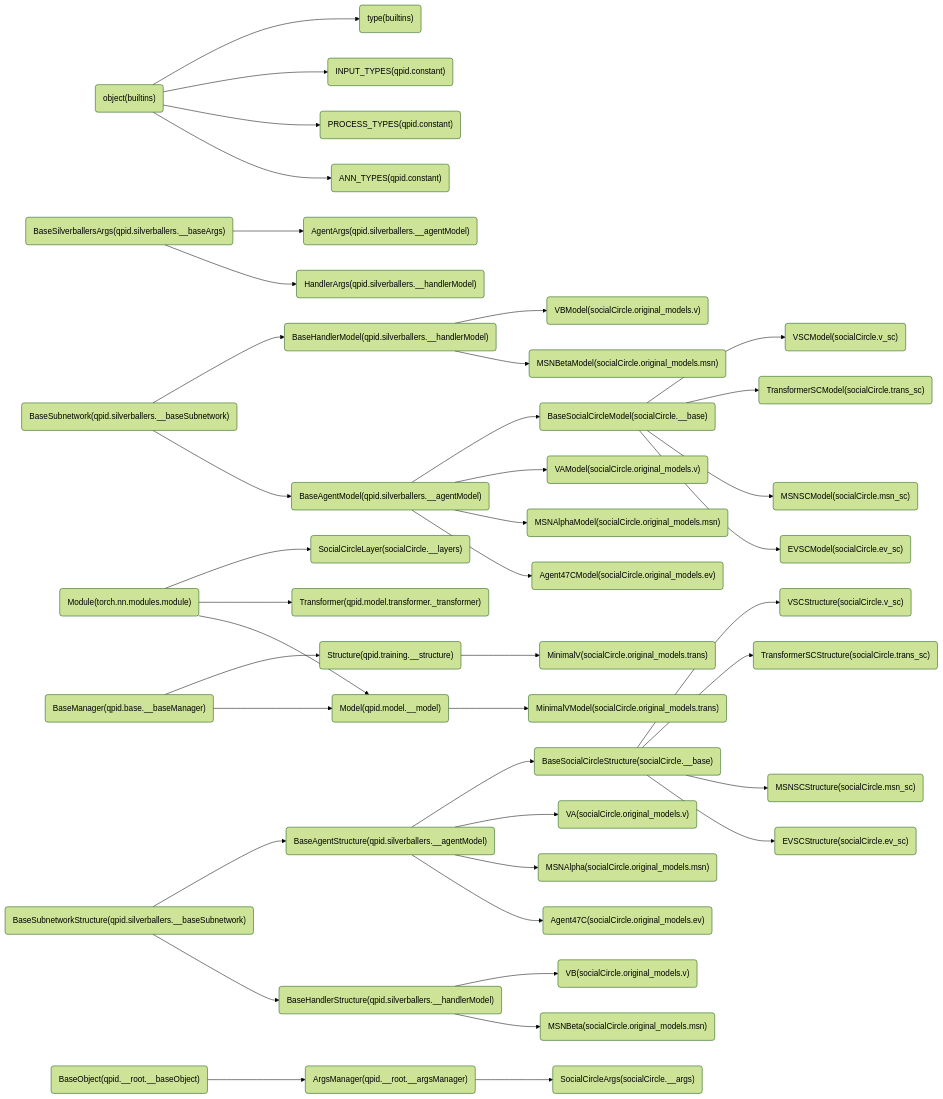
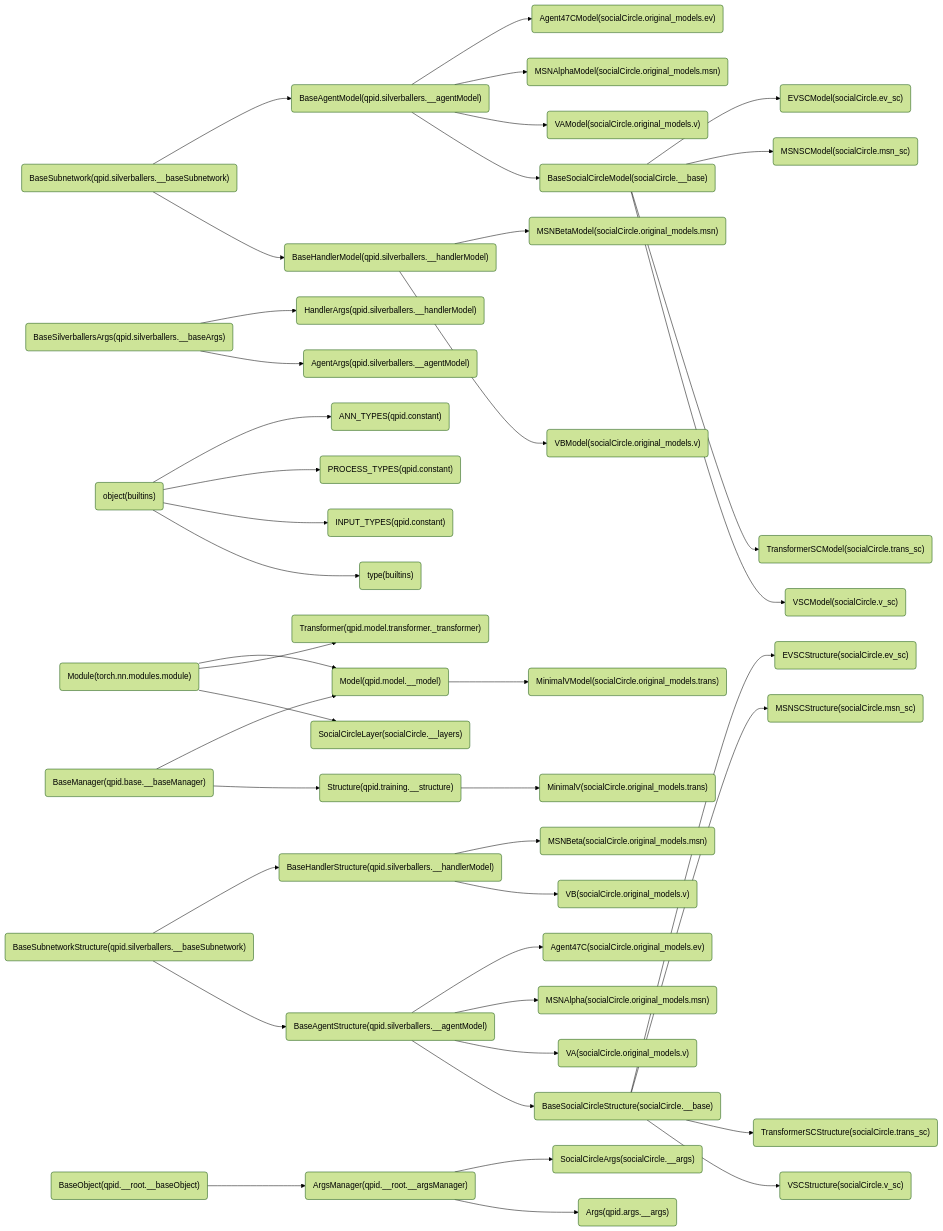
The second of 2 diagrams in classRef.md (cocoon2wong/Project-Jocker), drawn with Mermaid (forest theme) before and after one commit. The commit also changed other lines of this file and 8 other files, not shown here.

````diff
--- a/classRef.md
+++ b/classRef.md
@@ -135,42 +136,43 @@
 ```mermaid
     graph LR
         socialCircle.__base_BaseSocialCircleStructure("BaseSocialCircleStructure(socialCircle.__base)") --> socialCircle.v_sc_VSCStructure("VSCStructure(socialCircle.v_sc)")
         builtins_object("object(builtins)") --> builtins_type("type(builtins)")
         socialCircle.__base_BaseSocialCircleModel("BaseSocialCircleModel(socialCircle.__base)") --> socialCircle.v_sc_VSCModel("VSCModel(socialCircle.v_sc)")
         qpid.silverballers.__baseArgs_BaseSilverballersArgs("BaseSilverballersArgs(qpid.silverballers.__baseArgs)") --> qpid.silverballers.__agentModel_AgentArgs("AgentArgs(qpid.silverballers.__agentModel)")
         torch.nn.modules.module_Module("Module(torch.nn.modules.module)") --> socialCircle.__layers_SocialCircleLayer("SocialCircleLayer(socialCircle.__layers)")
         builtins_object("object(builtins)") --> qpid.constant_INPUT_TYPES("INPUT_TYPES(qpid.constant)")
         qpid.silverballers.__agentModel_BaseAgentStructure("BaseAgentStructure(qpid.silverballers.__agentModel)") --> socialCircle.__base_BaseSocialCircleStructure("BaseSocialCircleStructure(socialCircle.__base)")
         qpid.silverballers.__agentModel_BaseAgentModel("BaseAgentModel(qpid.silverballers.__agentModel)") --> socialCircle.__base_BaseSocialCircleModel("BaseSocialCircleModel(socialCircle.__base)")
         qpid.silverballers.__baseSubnetwork_BaseSubnetworkStructure("BaseSubnetworkStructure(qpid.silverballers.__baseSubnetwork)") --> qpid.silverballers.__agentModel_BaseAgentStructure("BaseAgentStructure(qpid.silverballers.__agentModel)")
         socialCircle.__base_BaseSocialCircleStructure("BaseSocialCircleStructure(socialCircle.__base)") --> socialCircle.trans_sc_TransformerSCStructure("TransformerSCStructure(socialCircle.trans_sc)")
         socialCircle.__base_BaseSocialCircleModel("BaseSocialCircleModel(socialCircle.__base)") --> socialCircle.trans_sc_TransformerSCModel("TransformerSCModel(socialCircle.trans_sc)")
         qpid.base.__baseManager_BaseManager("BaseManager(qpid.base.__baseManager)") --> qpid.training.__structure_Structure("Structure(qpid.training.__structure)")
+        qpid.__root.__argsManager_ArgsManager("ArgsManager(qpid.__root.__argsManager)") --> qpid.args.__args_Args("Args(qpid.args.__args)")
         builtins_object("object(builtins)") --> qpid.constant_PROCESS_TYPES("PROCESS_TYPES(qpid.constant)")
         qpid.silverballers.__handlerModel_BaseHandlerModel("BaseHandlerModel(qpid.silverballers.__handlerModel)") --> socialCircle.original_models.v_VBModel("VBModel(socialCircle.original_models.v)")
         qpid.silverballers.__handlerModel_BaseHandlerStructure("BaseHandlerStructure(qpid.silverballers.__handlerModel)") --> socialCircle.original_models.v_VB("VB(socialCircle.original_models.v)")
         qpid.silverballers.__baseArgs_BaseSilverballersArgs("BaseSilverballersArgs(qpid.silverballers.__baseArgs)") --> qpid.silverballers.__handlerModel_HandlerArgs("HandlerArgs(qpid.silverballers.__handlerModel)")
         qpid.silverballers.__agentModel_BaseAgentModel("BaseAgentModel(qpid.silverballers.__agentModel)") --> socialCircle.original_models.v_VAModel("VAModel(socialCircle.original_models.v)")
         qpid.silverballers.__agentModel_BaseAgentStructure("BaseAgentStructure(qpid.silverballers.__agentModel)") --> socialCircle.original_models.v_VA("VA(socialCircle.original_models.v)")
         torch.nn.modules.module_Module("Module(torch.nn.modules.module)") --> qpid.model.transformer._transformer_Transformer("Transformer(qpid.model.transformer._transformer)")
         qpid.silverballers.__baseSubnetwork_BaseSubnetworkStructure("BaseSubnetworkStructure(qpid.silverballers.__baseSubnetwork)") --> qpid.silverballers.__handlerModel_BaseHandlerStructure("BaseHandlerStructure(qpid.silverballers.__handlerModel)")
         qpid.silverballers.__baseSubnetwork_BaseSubnetwork("BaseSubnetwork(qpid.silverballers.__baseSubnetwork)") --> qpid.silverballers.__handlerModel_BaseHandlerModel("BaseHandlerModel(qpid.silverballers.__handlerModel)")
         qpid.silverballers.__baseSubnetwork_BaseSubnetwork("BaseSubnetwork(qpid.silverballers.__baseSubnetwork)") --> qpid.silverballers.__agentModel_BaseAgentModel("BaseAgentModel(qpid.silverballers.__agentModel)")
         builtins_object("object(builtins)") --> qpid.constant_ANN_TYPES("ANN_TYPES(qpid.constant)")
         torch.nn.modules.module_Module("Module(torch.nn.modules.module)") --> qpid.model.__model_Model("Model(qpid.model.__model)")
         qpid.base.__baseManager_BaseManager("BaseManager(qpid.base.__baseManager)") --> qpid.model.__model_Model("Model(qpid.model.__model)")
         qpid.model.__model_Model("Model(qpid.model.__model)") --> socialCircle.original_models.trans_MinimalVModel("MinimalVModel(socialCircle.original_models.trans)")
         qpid.training.__structure_Structure("Structure(qpid.training.__structure)") --> socialCircle.original_models.trans_MinimalV("MinimalV(socialCircle.original_models.trans)")
         qpid.silverballers.__handlerModel_BaseHandlerModel("BaseHandlerModel(qpid.silverballers.__handlerModel)") --> socialCircle.original_models.msn_MSNBetaModel("MSNBetaModel(socialCircle.original_models.msn)")
         qpid.silverballers.__handlerModel_BaseHandlerStructure("BaseHandlerStructure(qpid.silverballers.__handlerModel)") --> socialCircle.original_models.msn_MSNBeta("MSNBeta(socialCircle.original_models.msn)")
         qpid.silverballers.__agentModel_BaseAgentModel("BaseAgentModel(qpid.silverballers.__agentModel)") --> socialCircle.original_models.msn_MSNAlphaModel("MSNAlphaModel(socialCircle.original_models.msn)")
         qpid.silverballers.__agentModel_BaseAgentStructure("BaseAgentStructure(qpid.silverballers.__agentModel)") --> socialCircle.original_models.msn_MSNAlpha("MSNAlpha(socialCircle.original_models.msn)")
         qpid.silverballers.__agentModel_BaseAgentModel("BaseAgentModel(qpid.silverballers.__agentModel)") --> socialCircle.original_models.ev_Agent47CModel("Agent47CModel(socialCircle.original_models.ev)")
         qpid.silverballers.__agentModel_BaseAgentStructure("BaseAgentStructure(qpid.silverballers.__agentModel)") --> socialCircle.original_models.ev_Agent47C("Agent47C(socialCircle.original_models.ev)")
         socialCircle.__base_BaseSocialCircleStructure("BaseSocialCircleStructure(socialCircle.__base)") --> socialCircle.msn_sc_MSNSCStructure("MSNSCStructure(socialCircle.msn_sc)")
         socialCircle.__base_BaseSocialCircleModel("BaseSocialCircleModel(socialCircle.__base)") --> socialCircle.msn_sc_MSNSCModel("MSNSCModel(socialCircle.msn_sc)")
         socialCircle.__base_BaseSocialCircleStructure("BaseSocialCircleStructure(socialCircle.__base)") --> socialCircle.ev_sc_EVSCStructure("EVSCStructure(socialCircle.ev_sc)")
         socialCircle.__base_BaseSocialCircleModel("BaseSocialCircleModel(socialCircle.__base)") --> socialCircle.ev_sc_EVSCModel("EVSCModel(socialCircle.ev_sc)")
         qpid.__root.__argsManager_ArgsManager("ArgsManager(qpid.__root.__argsManager)") --> socialCircle.__args_SocialCircleArgs("SocialCircleArgs(socialCircle.__args)")
         qpid.__root.__baseObject_BaseObject("BaseObject(qpid.__root.__baseObject)") --> qpid.__root.__argsManager_ArgsManager("ArgsManager(qpid.__root.__argsManager)")
 ```
````
